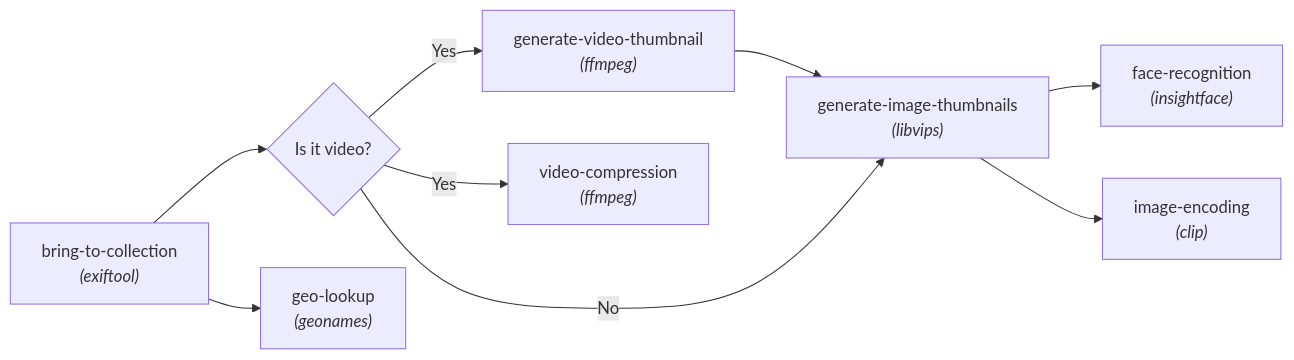
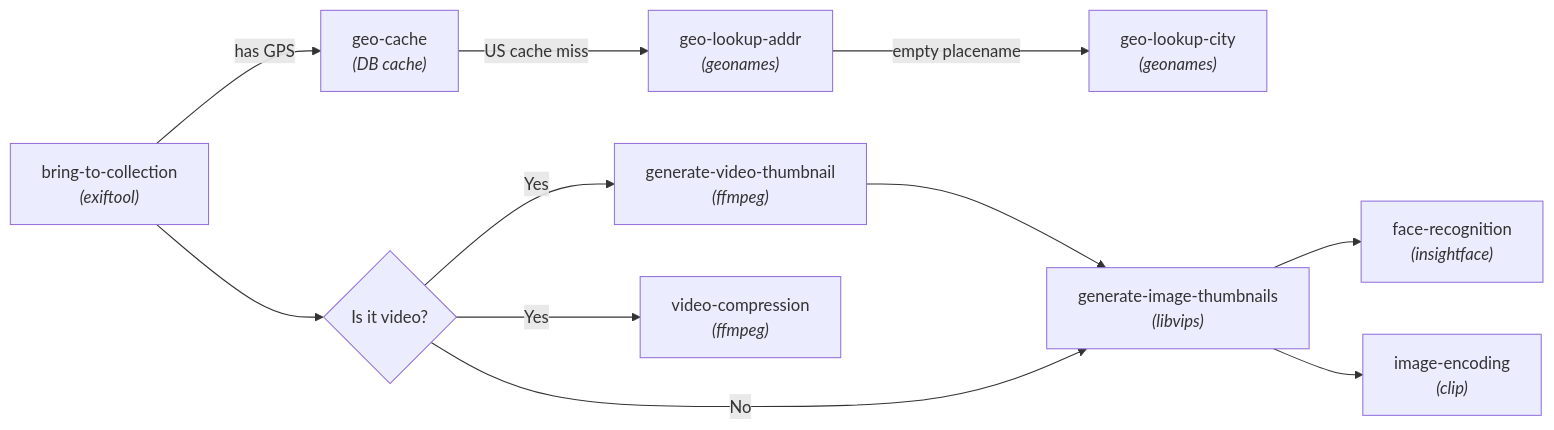
One commit to mrbrahman/photo-loka changed the first of 4 diagrams in go-server/docs/pipeline-dag-design.md. Above: the diagram before and after it, drawn with Mermaid. The commit also changed other lines of this file and 5 other files, not shown here.

First line of the commit message:
go-server+web: Surface the geo queue split in the UI and fix the addr->city handoff

````diff
--- a/go-server/docs/pipeline-dag-design.md
+++ b/go-server/docs/pipeline-dag-design.md
@@ -36,14 +36,17 @@
 ```mermaid
 flowchart LR
     A["bring-to-collection<br><i>(exiftool)</i>"] --> B{Is it video?}
-    A --> H["geo-lookup<br><i>(geonames)</i>"]
+    A -- "has GPS" --> H["geo-cache<br><i>(DB cache)</i>"]
+
+    H -- "US cache miss" --> H2["geo-lookup-addr<br><i>(geonames)</i>"]
+    H2 -- "empty placename" --> H3["geo-lookup-city<br><i>(geonames)</i>"]
 
     B -- Yes --> C["generate-video-thumbnail<br><i>(ffmpeg)</i>"]
     C --> D
     B -- Yes --> G["video-compression<br><i>(ffmpeg)</i>"]
     B -- No --> D["generate-image-thumbnails<br><i>(libvips)</i>"]
 
 
     D --> E["face-recognition<br><i>(insightface)</i>"]
     D --> F["image-encoding<br><i>(clip)</i>"]
 ```
````
